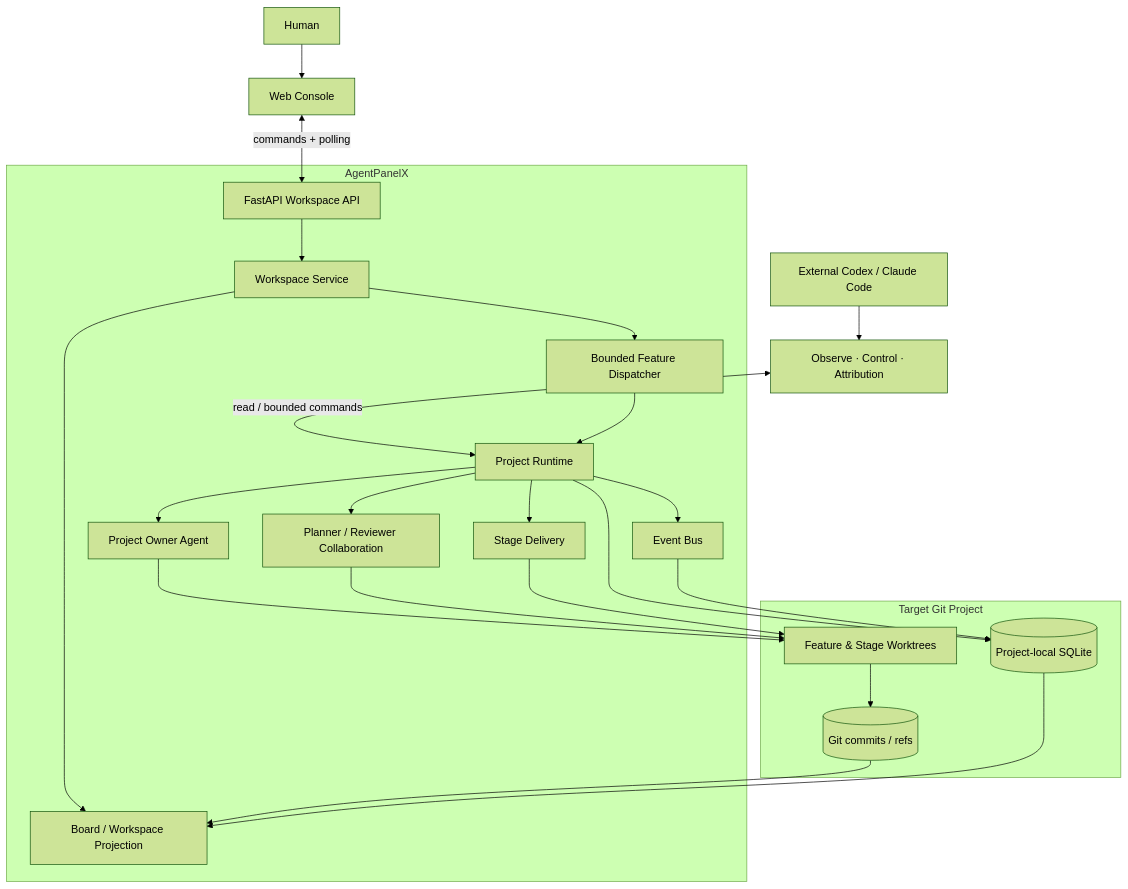
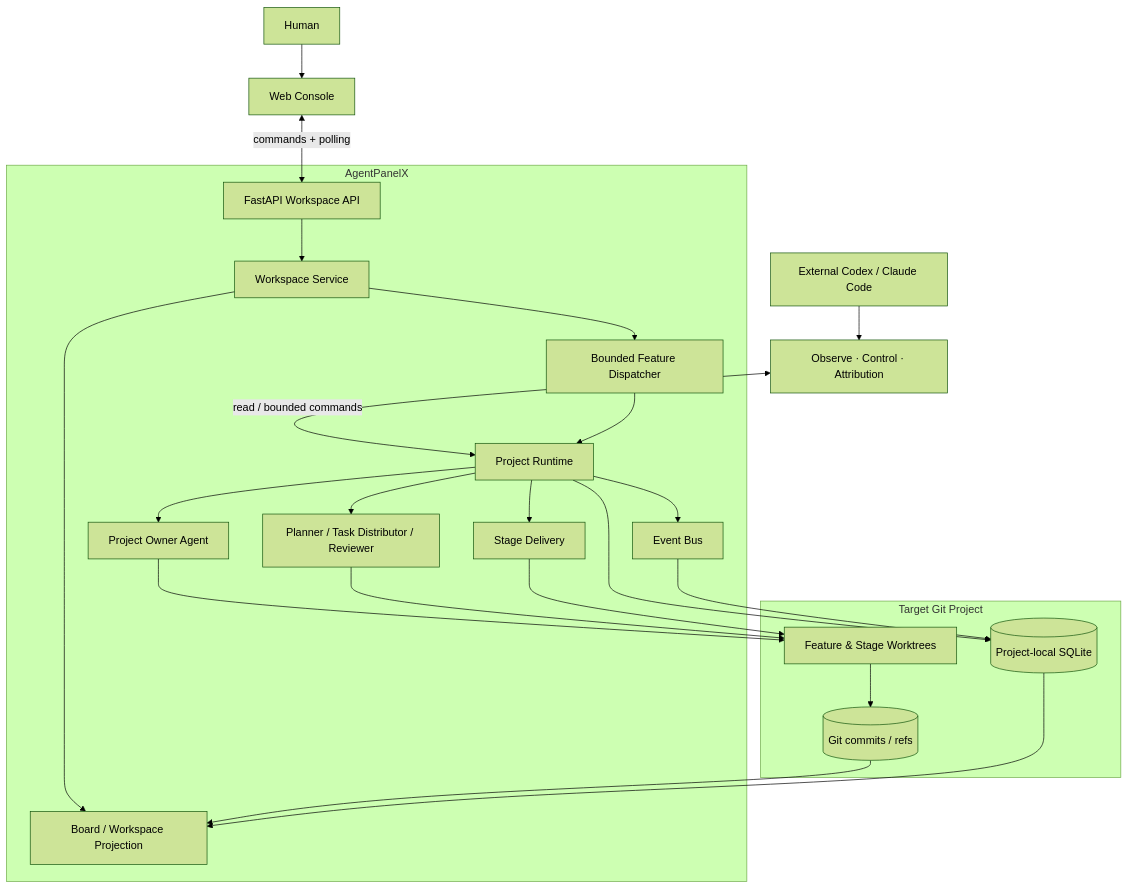
Before and after one commit to aowo-1345/AgentPanelX: the diagram in README.md, drawn with Mermaid (forest theme). The commit also changed other lines of this file and 7 other files, not shown here.

Commit message:
config: add rolling task distributor

````diff
--- a/README.md
+++ b/README.md
@@ -59,46 +59,46 @@
 ```mermaid
 flowchart TB
     Human[Human]
     Browser[Web Console]
     External[External Codex / Claude Code]
     Skills[Observe · Control · Attribution]
 
     subgraph APX[AgentPanelX]
         API[FastAPI Workspace API]
         Workspace[Workspace Service]
         Dispatcher[Bounded Feature Dispatcher]
         Runtime[Project Runtime]
         Owner[Project Owner Agent]
-        Collaboration[Planner / Reviewer Collaboration]
+        Collaboration[Planner / Task Distributor / Reviewer]
         Delivery[Stage Delivery]
         Projection[Board / Workspace Projection]
         Bus[Event Bus]
     end
 
     subgraph Project[Target Git Project]
         Worktrees[Feature & Stage Worktrees]
         Git[(Git commits / refs)]
         SQLite[(Project-local SQLite)]
     end
 
     Human --> Browser
     Browser <-->|commands + polling| API
     External --> Skills
     Skills <-->|read / bounded commands| Runtime
     API --> Workspace
     Workspace --> Dispatcher
     Workspace --> Projection
     Dispatcher --> Runtime
     Runtime --> Owner
     Runtime --> Collaboration
     Runtime --> Delivery
     Owner --> Worktrees
     Collaboration --> Worktrees
     Delivery --> Worktrees
     Worktrees --> Git
     Runtime --> SQLite
     Runtime --> Bus
     Bus --> SQLite
     Git --> Projection
     SQLite --> Projection
 ```
````
